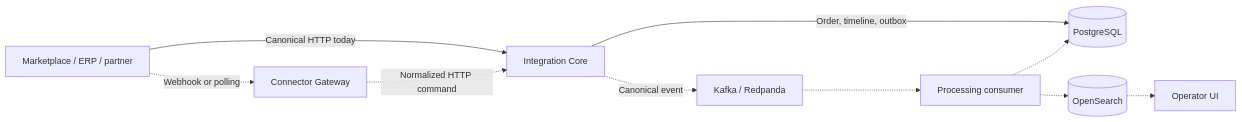
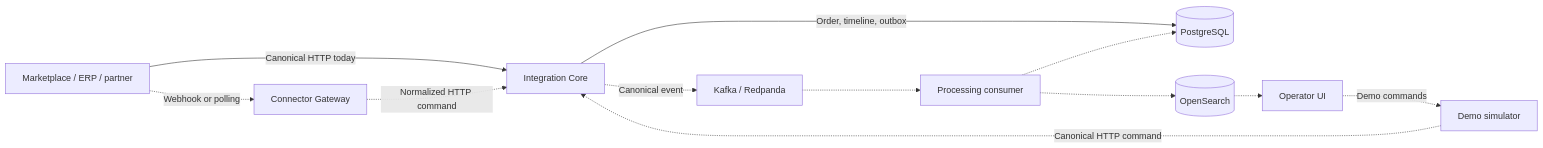
The diagram in docs/product-overview.md (PietroRussoD/commerce-integration-hub), drawn with Mermaid before and after one commit. The commit also changed other lines of this file and 1 other file, not shown here.

Commit message:
📝 Clarify operator console roadmap

````diff
--- a/docs/product-overview.md
+++ b/docs/product-overview.md
@@ -41,21 +43,24 @@
 ```mermaid
 flowchart LR
     Source[Marketplace / ERP / partner]
     Gateway[Connector Gateway]
     Core[Integration Core]
     Database[(PostgreSQL)]
     Broker[Kafka / Redpanda]
     Processor[Processing consumer]
     Search[(OpenSearch)]
     UI[Operator UI]
+    Simulator[Demo simulator]
 
     Source -->|Canonical HTTP today| Core
     Source -.->|Webhook or polling| Gateway
     Gateway -.->|Normalized HTTP command| Core
     Core -->|Order, timeline, outbox| Database
     Core -.->|Canonical event| Broker
     Broker -.-> Processor
     Processor -.-> Database
     Processor -.-> Search
     Search -.-> UI
+    UI -.->|Demo commands| Simulator
+    Simulator -.->|Canonical HTTP command| Core
 ```
````
